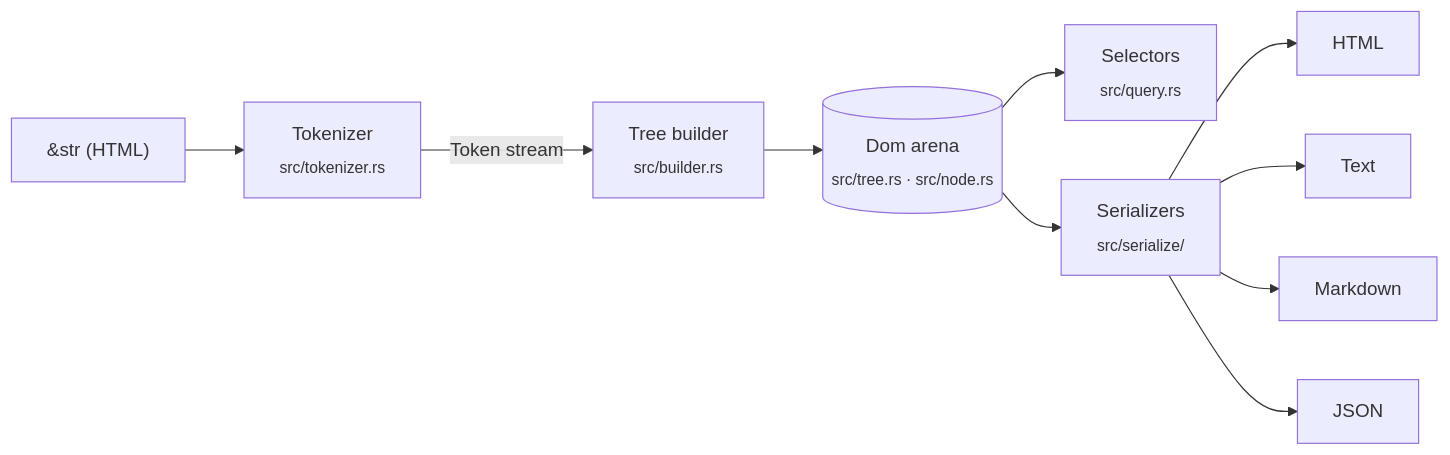
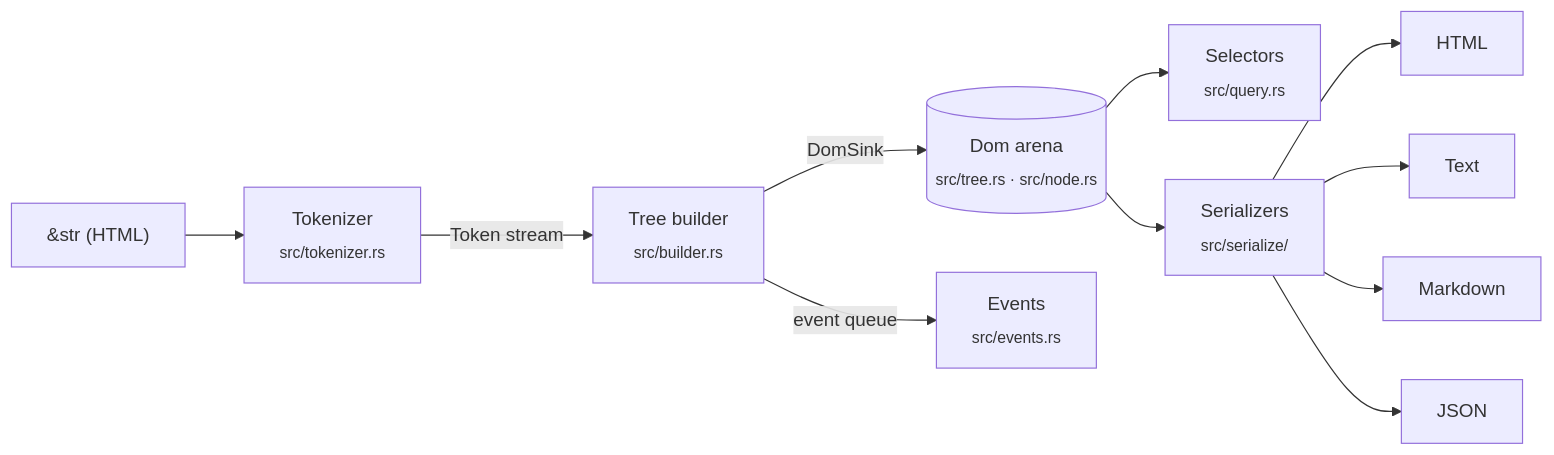
One commit to iamsaquib8/dom-tree-rs changed the diagram in docs/ARCHITECTURE.md. Above: the diagram before and after it, drawn with Mermaid. The commit also changed other lines of this file, not shown here.

First line of the commit message:
docs(architecture): 0.5 internals; borrowed-tree mode evaluated, declined

````diff
--- a/docs/ARCHITECTURE.md
+++ b/docs/ARCHITECTURE.md
@@ -8,12 +8,13 @@
 ```mermaid
 flowchart LR
     A["&amp;str (HTML)"] --> T["Tokenizer<br/><sub>src/tokenizer.rs</sub>"]
     T -- "Token stream" --> B["Tree builder<br/><sub>src/builder.rs</sub>"]
-    B --> D[("Dom arena<br/><sub>src/tree.rs · src/node.rs</sub>")]
+    B -- "DomSink" --> D[("Dom arena<br/><sub>src/tree.rs · src/node.rs</sub>")]
+    B -- "event queue" --> E["Events<br/><sub>src/events.rs</sub>"]
     D --> Q["Selectors<br/><sub>src/query.rs</sub>"]
     D --> S["Serializers<br/><sub>src/serialize/</sub>"]
     S --> H[HTML]
     S --> X[Text]
     S --> M[Markdown]
     S --> J[JSON]
 ```
````
